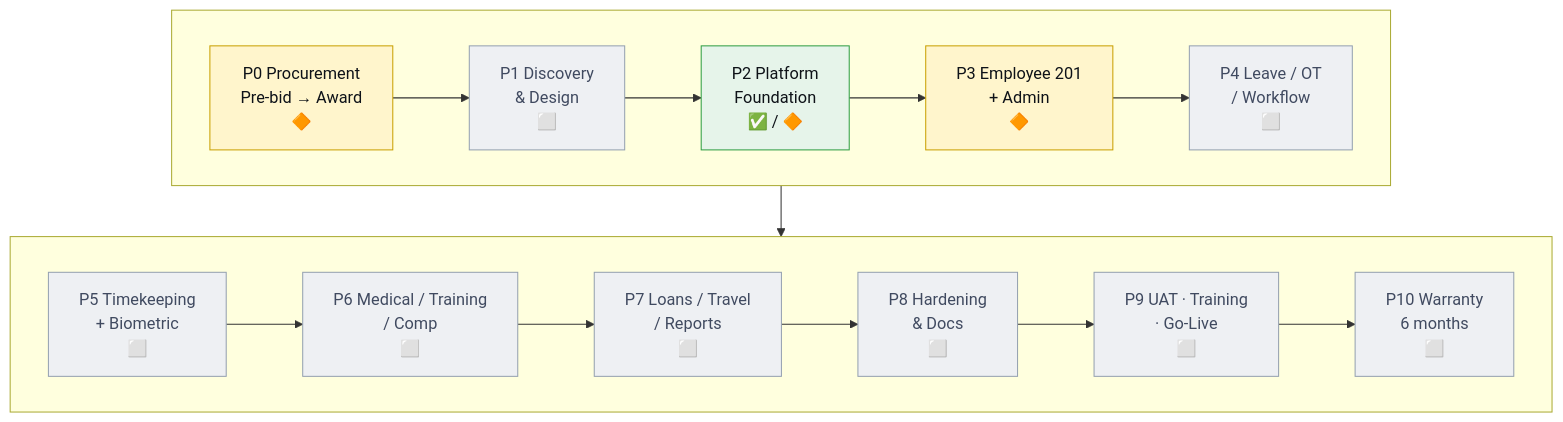
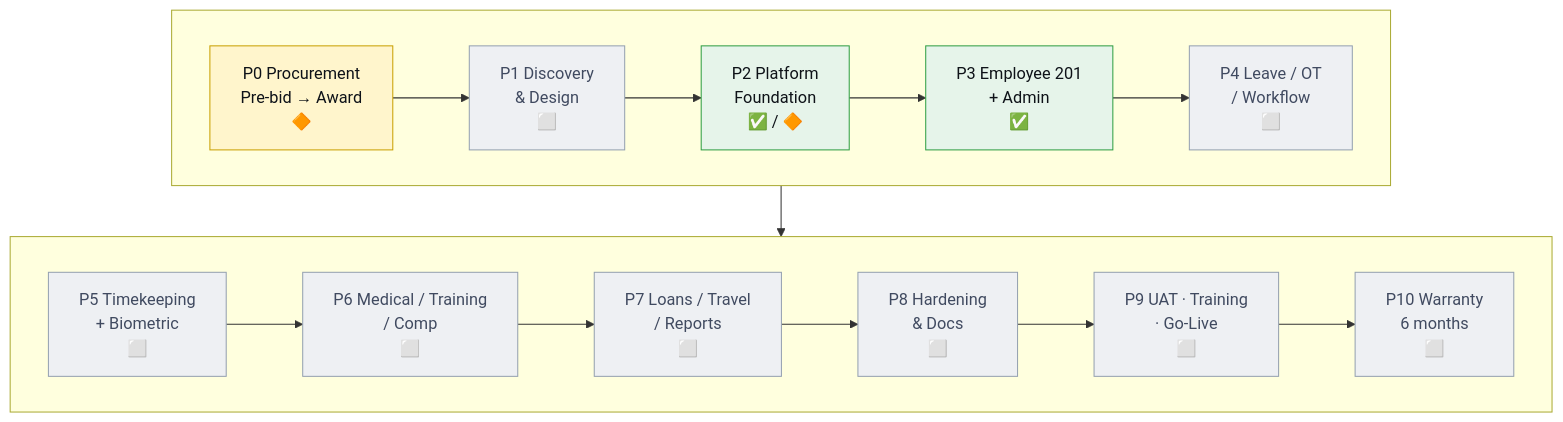
The first of 4 diagrams in docs/PROJECT_PLAN.md (landogz/PCSPC), drawn with Mermaid before and after one commit. The commit also changed other lines of this file and 179 other files, not shown here.

````diff
--- a/docs/PROJECT_PLAN.md
+++ b/docs/PROJECT_PLAN.md
@@ -36,26 +36,26 @@
 ```mermaid
 flowchart TB
   subgraph R1[" "]
     direction LR
     P0["P0 Procurement<br/>Pre-bid → Award<br/>🔶"] --> P1["P1 Discovery<br/>& Design<br/>⬜"]
     P1 --> P2["P2 Platform<br/>Foundation<br/>✅ / 🔶"]
-    P2 --> P3["P3 Employee 201<br/>+ Admin<br/>🔶"]
+    P2 --> P3["P3 Employee 201<br/>+ Admin<br/>✅"]
     P3 --> P4["P4 Leave / OT<br/>/ Workflow<br/>⬜"]
   end
   subgraph R2[" "]
     direction LR
     P5["P5 Timekeeping<br/>+ Biometric<br/>⬜"] --> P6["P6 Medical / Training<br/>/ Comp<br/>⬜"]
     P6 --> P7["P7 Loans / Travel<br/>/ Reports<br/>⬜"]
     P7 --> P8["P8 Hardening<br/>& Docs<br/>⬜"]
     P8 --> P9["P9 UAT · Training<br/>· Go-Live<br/>⬜"]
     P9 --> P10["P10 Warranty<br/>6 months<br/>⬜"]
   end
   R1 --> R2
 
   classDef done fill:#e6f4ea,stroke:#2f9e44,color:#0e1218
   classDef partial fill:#fff5cc,stroke:#c9a000,color:#0e1218
   classDef todo fill:#eef0f3,stroke:#94a0b0,color:#404a60
-  class P2 done
-  class P0,P3 partial
+  class P2,P3 done
+  class P0 partial
   class P1,P4,P5,P6,P7,P8,P9,P10 todo
 ```
````
